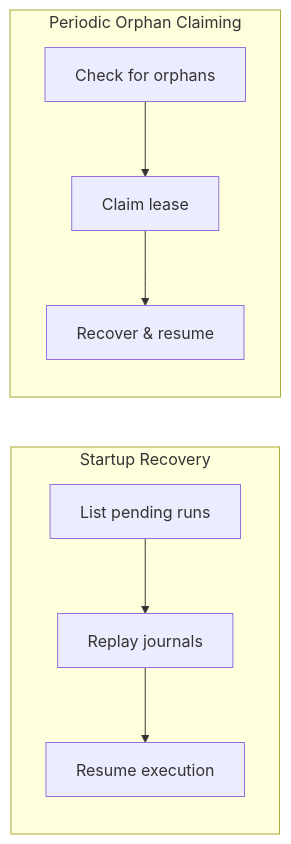
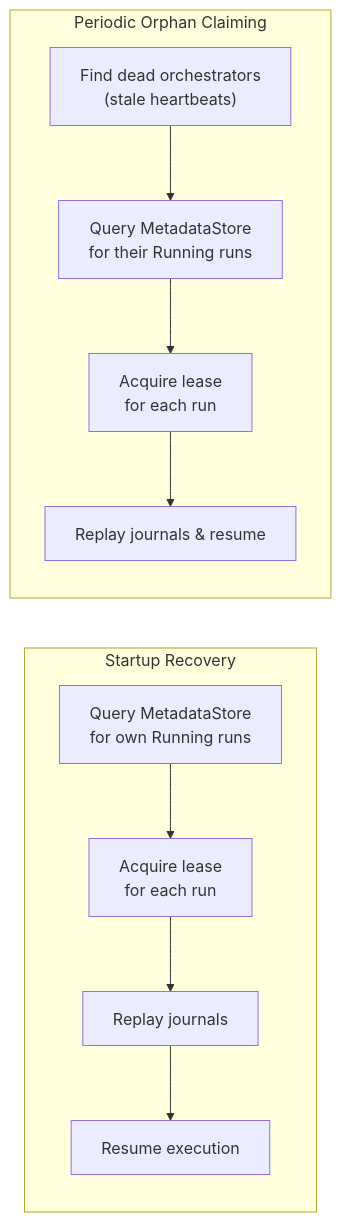
One commit to stepflow-ai/stepflow changed the third of 3 diagrams in docs/docs/deployment/persistence-recovery.md. Above: the diagram before and after it, drawn with Mermaid. The commit also changed other lines of this file and 18 other files, not shown here.

````diff
--- a/docs/docs/deployment/persistence-recovery.md
+++ b/docs/docs/deployment/persistence-recovery.md
@@ -203,16 +229,18 @@
 ```mermaid
 flowchart LR
     subgraph Startup["Startup Recovery"]
-        S1[List pending runs]
-        S2[Replay journals]
-        S3[Resume execution]
-        S1 --> S2 --> S3
+        S1["Query MetadataStore\nfor own Running runs"]
+        S2["Acquire lease\nfor each run"]
+        S3[Replay journals]
+        S4[Resume execution]
+        S1 --> S2 --> S3 --> S4
     end
 
     subgraph Periodic["Periodic Orphan Claiming"]
-        P1[Check for orphans]
-        P2[Claim lease]
-        P3[Recover & resume]
-        P1 --> P2 --> P3
+        P1["Find dead orchestrators\n(stale heartbeats)"]
+        P2["Query MetadataStore\nfor their Running runs"]
+        P3["Acquire lease\nfor each run"]
+        P4[Replay journals & resume]
+        P1 --> P2 --> P3 --> P4
     end
 ```
````
